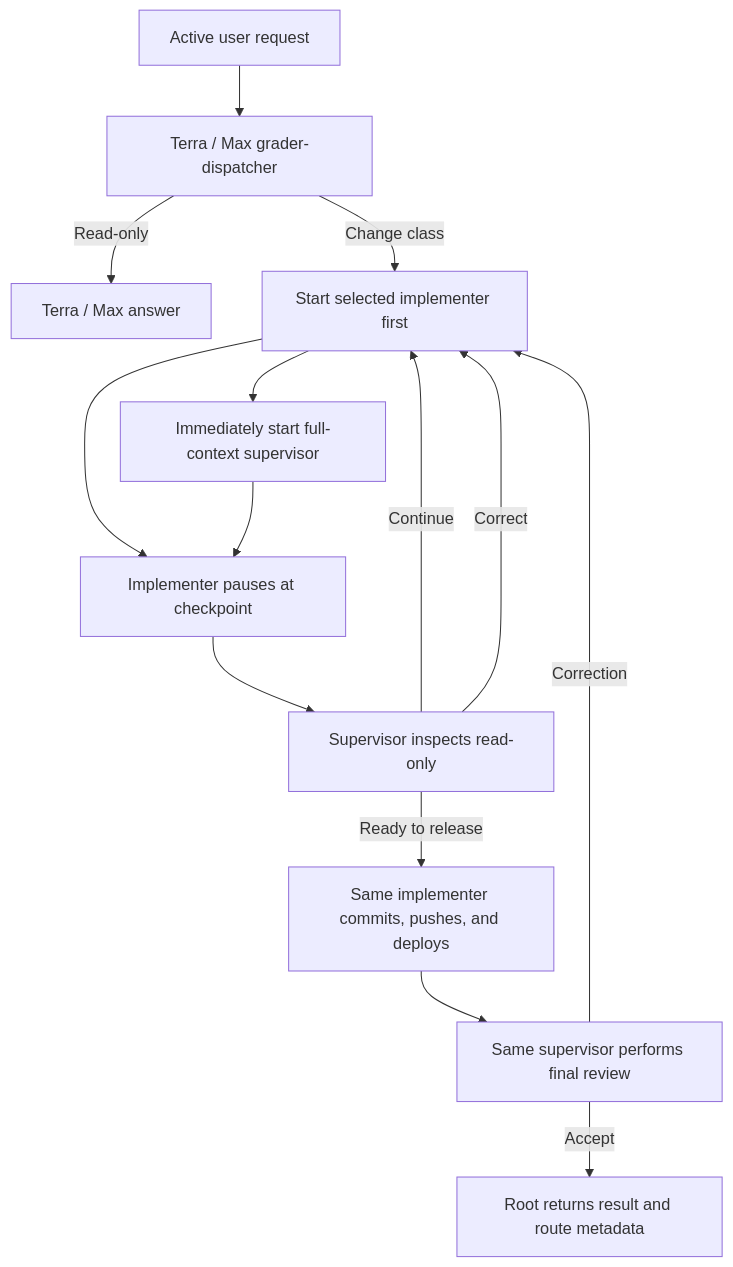
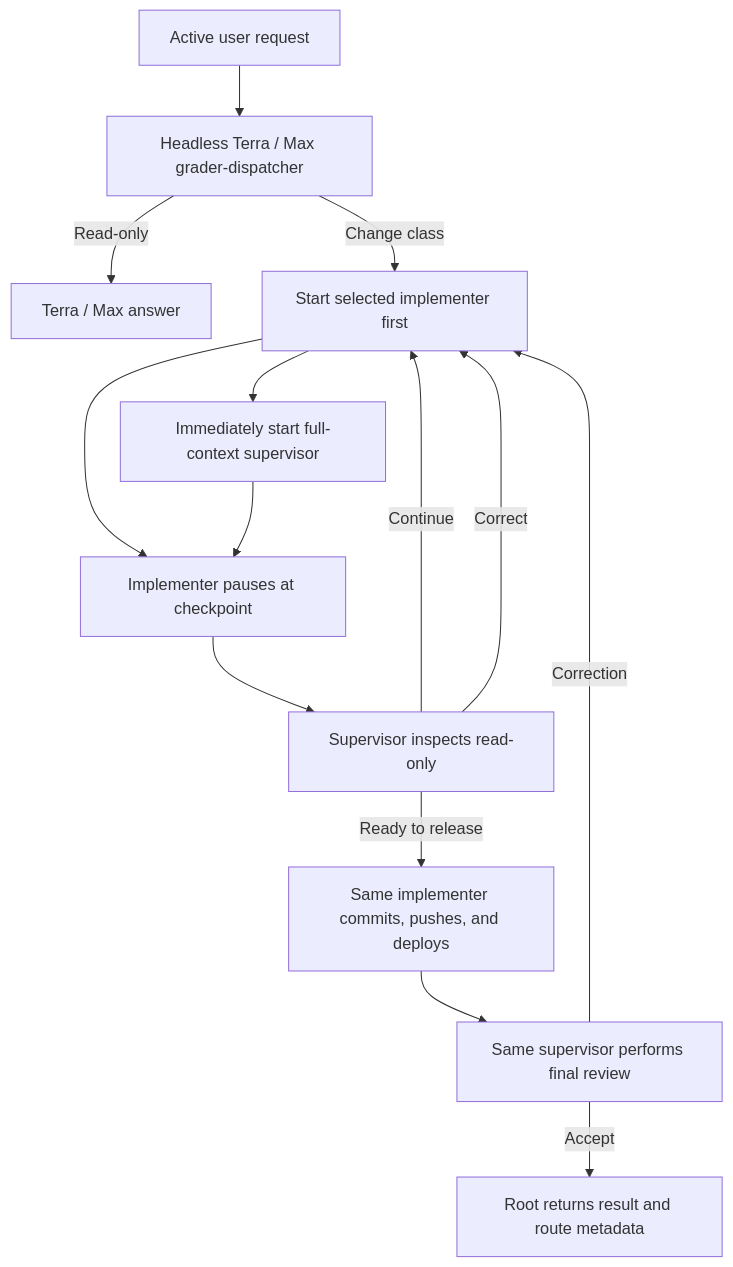
Before and after one commit to jessejaffe/codex-orchestration: the diagram in README.md, drawn with Mermaid. The commit also changed other lines of this file and 11 other files, not shown here.

Commit message:
Release 0.8.5 headless Terra grader

````diff
--- a/README.md
+++ b/README.md
@@ -59,16 +60,16 @@
 ```mermaid
 flowchart TD
-    U["Active user request"] --> G["Terra / Max grader-dispatcher"]
+    U["Active user request"] --> G["Headless Terra / Max grader-dispatcher"]
     G -->|"Read-only"| R["Terra / Max answer"]
     G -->|"Change class"| I["Start selected implementer first"]
     I --> S["Immediately start full-context supervisor"]
     I --> C["Implementer pauses at checkpoint"]
     S --> C
     C --> V["Supervisor inspects read-only"]
     V -->|"Continue"| I
     V -->|"Correct"| I
     V -->|"Ready to release"| D["Same implementer commits, pushes, and deploys"]
     D --> F["Same supervisor performs final review"]
     F -->|"Correction"| I
     F -->|"Accept"| O["Root returns result and route metadata"]
 ```
````
